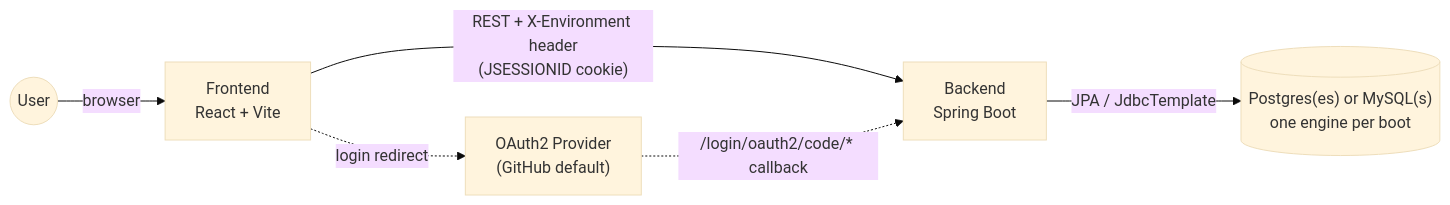
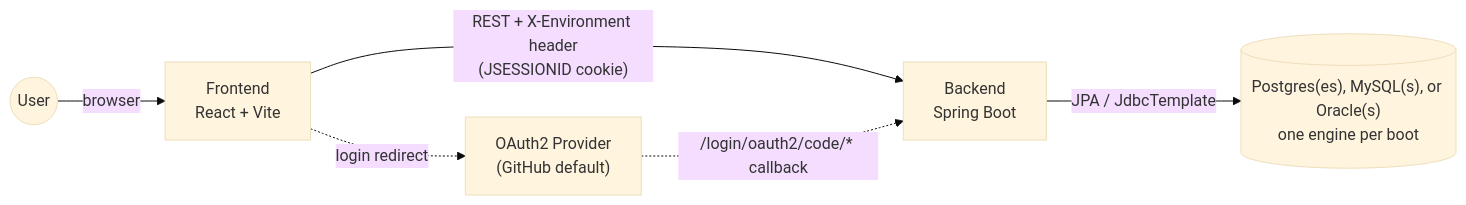
One commit to guavasoftcom/spring-batch-dashboard changed the diagram in README.md. Above: the diagram before and after it, drawn with Mermaid (base theme). The commit also changed other lines of this file and 19 other files, not shown here.

First line of the commit message:
Add Oracle support alongside Postgres and MySQL (#2)

````diff
--- a/README.md
+++ b/README.md
@@ -75,14 +76,14 @@
 ```mermaid
 flowchart LR
     User((User))
     Frontend["Frontend<br/>React + Vite"]
     Backend["Backend<br/>Spring Boot"]
     OAuth2["OAuth2 Provider<br/>(GitHub default)"]
-    DB[("Postgres(es) or MySQL(s)<br/>one engine per boot")]
+    DB[("Postgres(es), MySQL(s), or Oracle(s)<br/>one engine per boot")]
 
     User -->|browser| Frontend
     Frontend -->|"REST + X-Environment header<br/>(JSESSIONID cookie)"| Backend
     Frontend -.->|"login redirect"| OAuth2
     OAuth2 -.->|"/login/oauth2/code/* callback"| Backend
     Backend -->|"JPA / JdbcTemplate"| DB
 ```
````
